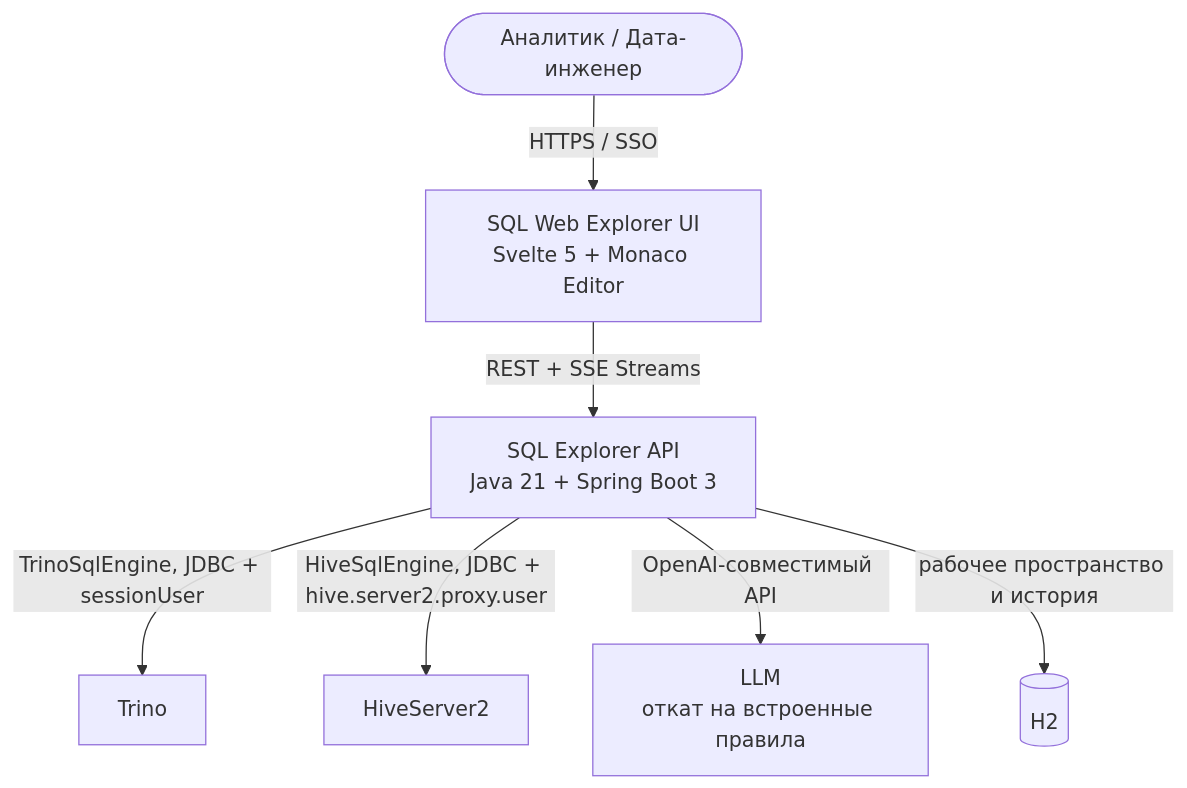
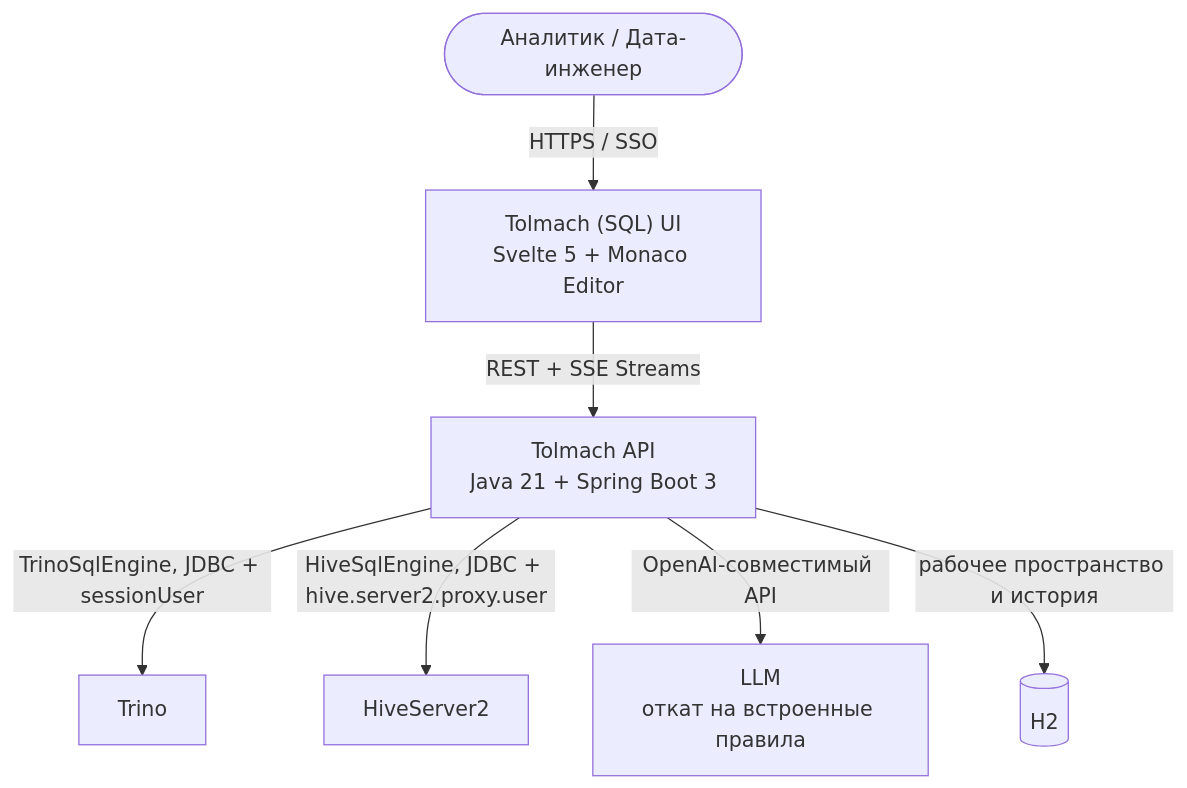
Before and after one commit to balookrd/hadoop-explorer: the first of 2 diagrams in docs/sql-user-guide.md, drawn with Mermaid. The commit also changed other lines of this file and 288 other files, not shown here.

Commit message:
refactor!: rename SQL Explorer service to Tolmach

````diff
--- a/docs/sql-user-guide.md
+++ b/docs/sql-user-guide.md
@@ -44,9 +44,9 @@
 ```mermaid
 graph TD
-    User(["Аналитик / Дата-инженер"]) -->|"HTTPS / SSO"| UI["SQL Web Explorer UI\nSvelte 5 + Monaco Editor"]
-    UI -->|"REST + SSE Streams"| Gateway["SQL Explorer API\nJava 21 + Spring Boot 3"]
+    User(["Аналитик / Дата-инженер"]) -->|"HTTPS / SSO"| UI["Tolmach (SQL) UI\nSvelte 5 + Monaco Editor"]
+    UI -->|"REST + SSE Streams"| Gateway["Tolmach API\nJava 21 + Spring Boot 3"]
     Gateway -->|"TrinoSqlEngine, JDBC + sessionUser"| Trino["Trino"]
     Gateway -->|"HiveSqlEngine, JDBC + hive.server2.proxy.user"| Hive["HiveServer2"]
     Gateway -->|"OpenAI-совместимый API"| AI["LLM\nоткат на встроенные правила"]
     Gateway -->|"рабочее пространство и история"| DB[("H2")]
 ```
````
